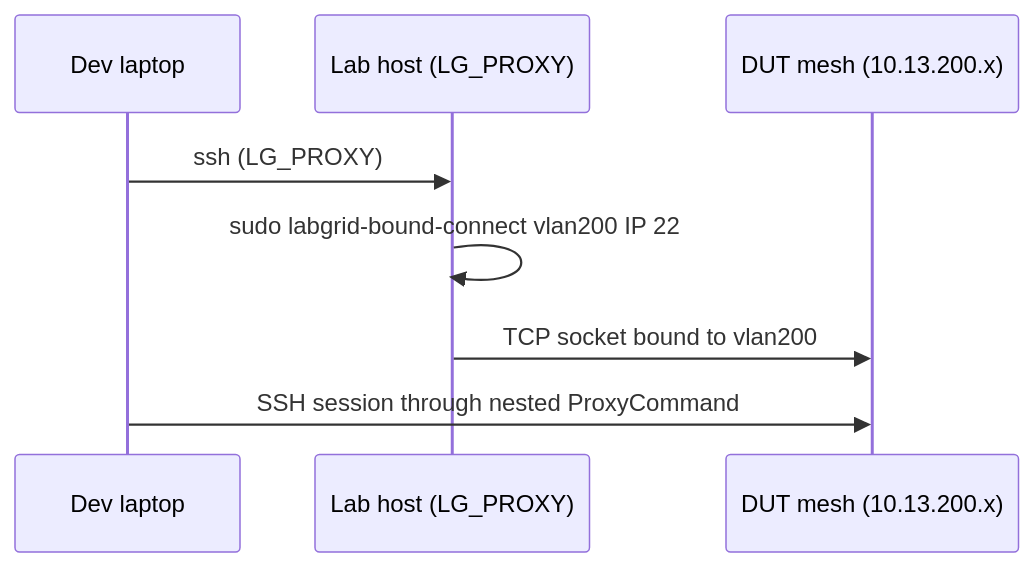
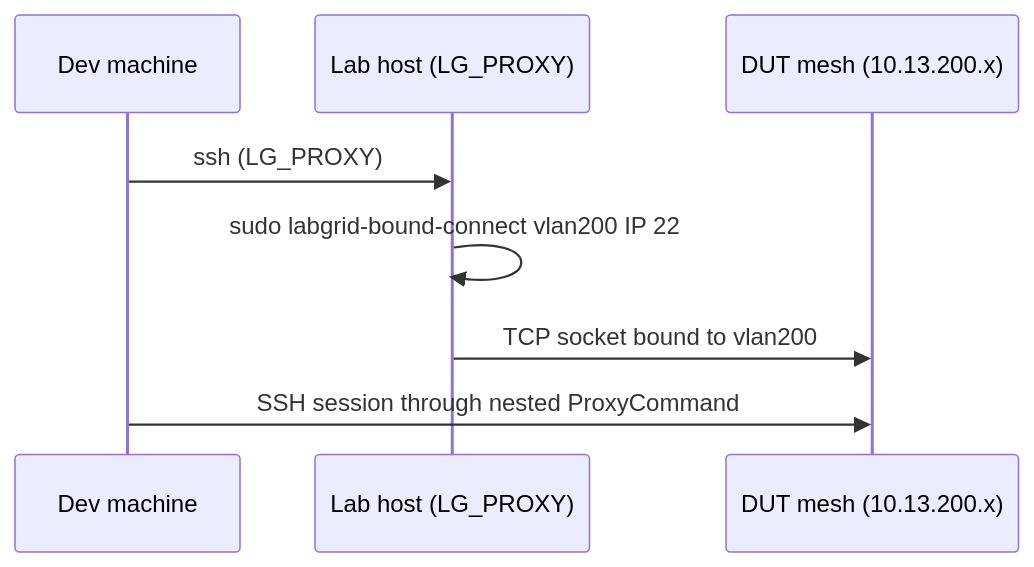
One commit to ccasanueva7/fcefyn_testbed_utils changed the second of 2 diagrams in docs/operar/dut-ssh-access.md. Above: the diagram before and after it, drawn with Mermaid. The commit also changed other lines of this file and 11 other files, not shown here.

Commit message:
docs: prefer machine over laptop in wording

````diff
--- a/docs/operar/dut-ssh-access.md
+++ b/docs/operar/dut-ssh-access.md
@@ -70,10 +70,10 @@
 ```mermaid
 sequenceDiagram
-    participant Laptop as Dev laptop
+    participant Machine as Dev machine
     participant Host as Lab host (LG_PROXY)
     participant DUT as DUT mesh (10.13.200.x)
-    Laptop->>Host: ssh (LG_PROXY)
+    Machine->>Host: ssh (LG_PROXY)
     Host->>Host: sudo labgrid-bound-connect vlan200 IP 22
     Host->>DUT: TCP socket bound to vlan200
-    Laptop->>DUT: SSH session through nested ProxyCommand
+    Machine->>DUT: SSH session through nested ProxyCommand
 ```
````
